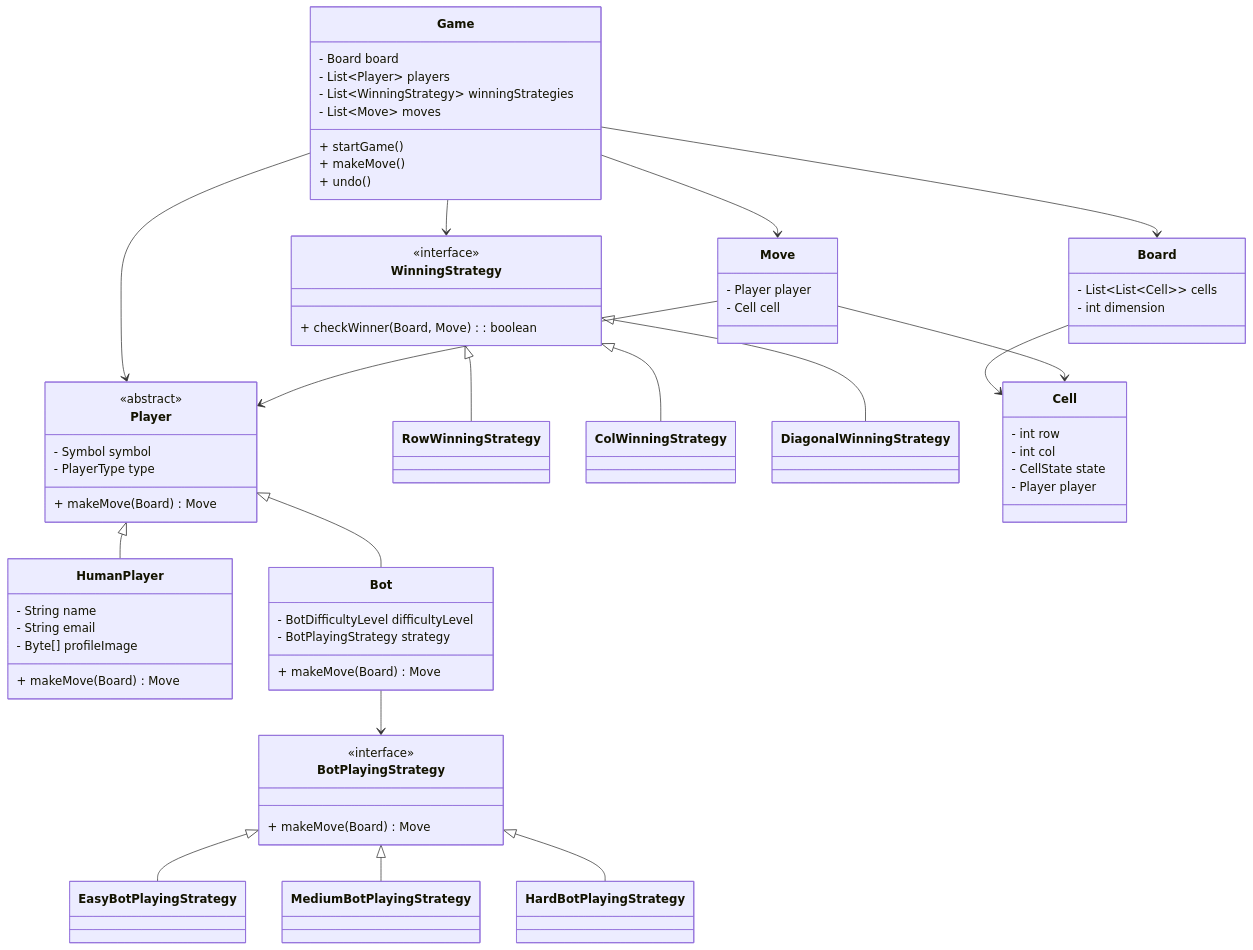
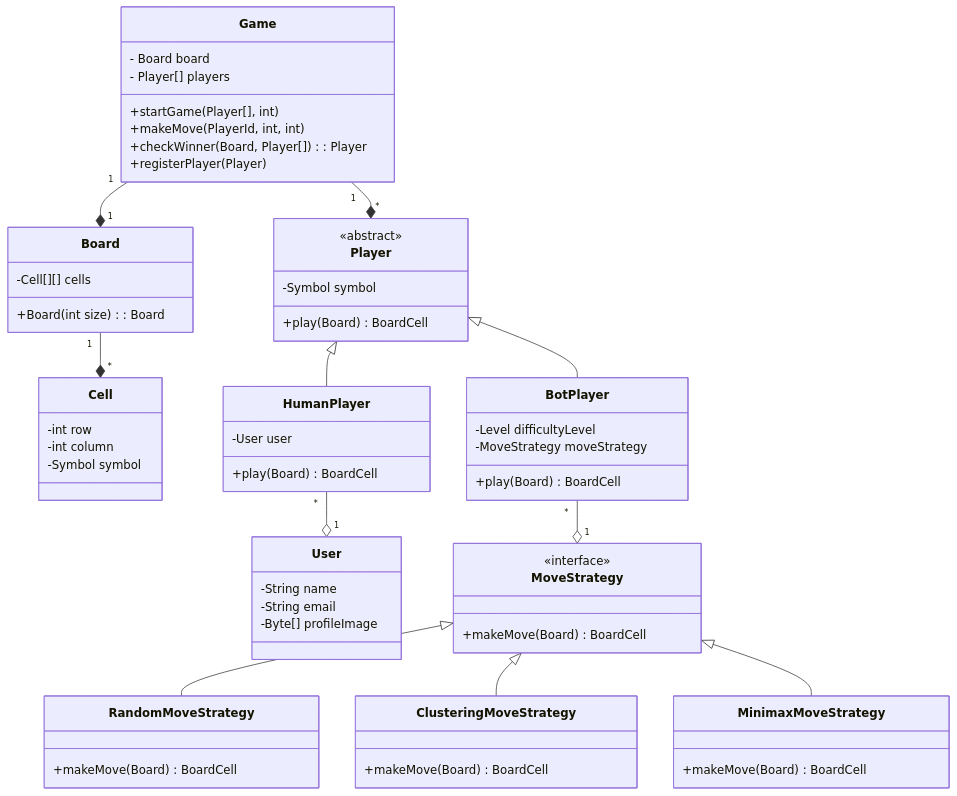
One commit to sarveshdutt17feb/LLD3April25 changed the sixth of 8 diagrams in LLD3/LLD3/src/main/java/com/sarvesh/LLD3/TicTacToe/README_TicTacToe.md. Above: the diagram before and after it, drawn with Mermaid. The commit also changed other lines of this file, not shown here.

````diff
--- a/LLD3/LLD3/src/main/java/com/sarvesh/LLD3/TicTacToe/README_TicTacToe.md
+++ b/LLD3/LLD3/src/main/java/com/sarvesh/LLD3/TicTacToe/README_TicTacToe.md
@@ -74,83 +276,72 @@
 classDiagram
   class Game {
     - Board board
-    - List~Player~ players
-    - List~WinningStrategy~ winningStrategies
-    - List~Move~ moves
-    + startGame()
-    + makeMove()
-    + undo()
+    - Player[] players
+    +startGame(Player[], int)
+    +makeMove(PlayerId, int, int)
+    +checkWinner(Board, Player[]) : Player
+    +registerPlayer(Player)
+  }
+
+    class Board {
+    -Cell[][] cells
+    +Board(int size) : Board
+  }
+
+  class Cell {
+    -int row
+    -int column
+    -Symbol symbol
   }
 
   class Player {
     <<abstract>>
-    - Symbol symbol
-    - PlayerType type
-    + makeMove(Board) Move
+    -Symbol symbol
+    +play(Board) BoardCell
   }
 
   class HumanPlayer {
-    - String name
-    - String email
-    - Byte[] profileImage
-    + makeMove(Board) Move
+    -User user
+    +play(Board) BoardCell
   }
 
-  class Bot {
-    - BotDifficultyLevel difficultyLevel
-    - BotPlayingStrategy strategy
-    + makeMove(Board) Move
+  class User {
+    -String name
+    -String email
+    -Byte[] profileImage
   }
 
-  class BotPlayingStrategy {
-    <<interface>>
-    + makeMove(Board) Move
+  class BotPlayer {
+    -Level difficultyLevel
+    -MoveStrategy moveStrategy
+    +play(Board) BoardCell
   }
 
-  class EasyBotPlayingStrategy
-  class MediumBotPlayingStrategy
-  class HardBotPlayingStrategy
+    class MoveStrategy {
+        <<interface>>
+        +makeMove(Board) BoardCell
+    }
 
-  class WinningStrategy {
-    <<interface>>
-    + checkWinner(Board, Move): boolean
-  }
+    class RandomMoveStrategy {
+        +makeMove(Board) BoardCell
+    }
 
-  class RowWinningStrategy
-  class ColWinningStrategy
-  class DiagonalWinningStrategy
+    class ClusteringMoveStrategy {
+        +makeMove(Board) BoardCell
+    }
 
-  class Board {
-    - List~List~Cell~~ cells
-    - int dimension
-  }
+    class MinimaxMoveStrategy {
+        +makeMove(Board) BoardCell
+    }
 
-  class Cell {
-    - int row
-    - int col
-    - CellState state
-    - Player player
-  }
-
-  class Move {
-    - Player player
-    - Cell cell
-  }
-
-  Game --> Board
-  Game --> Player
-  Game --> WinningStrategy
-  Game --> Move
+  Game "1" --* "*" Player
+    Game "1" --* "1" Board
+    Board "1" --* "*" Cell
+  HumanPlayer "*" --o "1" User
   Player <|-- HumanPlayer
-  Player <|-- Bot
-  Bot --> BotPlayingStrategy
-  BotPlayingStrategy <|-- EasyBotPlayingStrategy
-  BotPlayingStrategy <|-- MediumBotPlayingStrategy
-  BotPlayingStrategy <|-- HardBotPlayingStrategy
-  WinningStrategy <|-- RowWinningStrategy
-  WinningStrategy <|-- ColWinningStrategy
-  WinningStrategy <|-- DiagonalWinningStrategy
-  Board --> Cell
-  Move --> Player
-  Move --> Cell
+  Player <|-- BotPlayer
+  BotPlayer "*" --o "1" MoveStrategy
+  MoveStrategy <|-- RandomMoveStrategy
+  MoveStrategy <|-- ClusteringMoveStrategy
+  MoveStrategy <|-- MinimaxMoveStrategy
 ```
````
